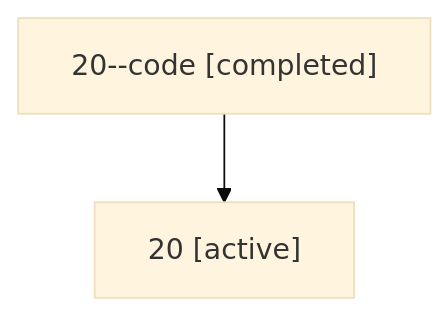
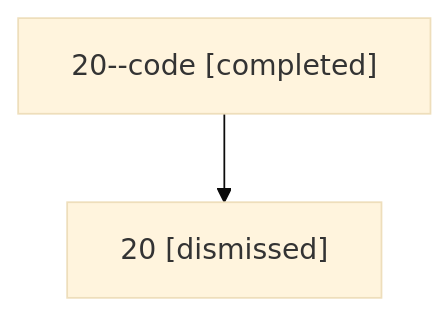
The diagram in sessions/bbugyi200.athena.20.md (bobs-org/bob-cli--agents), drawn with Mermaid (base theme) before and after one commit. The commit also changed other lines of this file and 14 other files, not shown here.

````diff
--- a/sessions/bbugyi200.athena.20.md
+++ b/sessions/bbugyi200.athena.20.md
@@ -9,6 +9,6 @@
 ```mermaid
 flowchart TD
   n0["20--code [completed]"]
-  n1["20 [active]"]
+  n1["20 [dismissed]"]
   n0 --> n1
 ```
````
